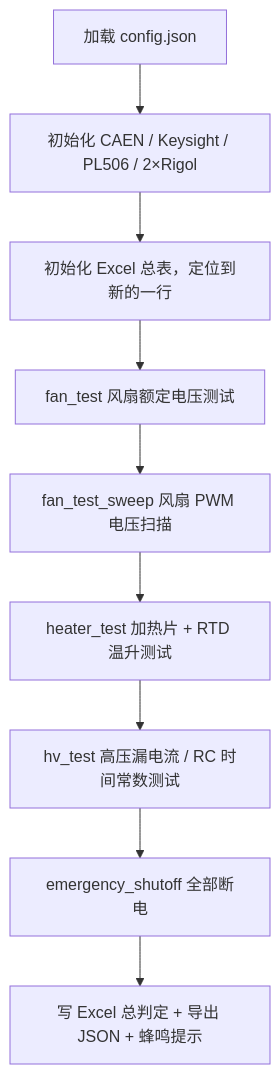
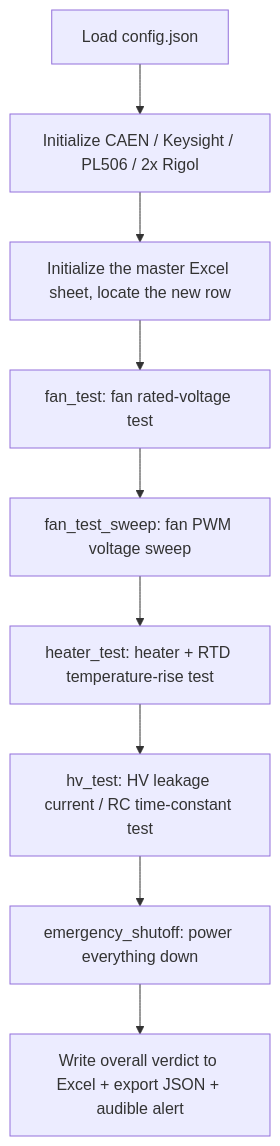
Before and after one commit to KyraDugan/DUNE_HV_Crate_Testing: the first of 2 diagrams in README.md, drawn with Mermaid. The commit also changed other lines of this file and 2 other files, not shown here.

````diff
--- a/README.md
+++ b/README.md
@@ -78,11 +74,11 @@
 ```mermaid
 flowchart TD
-    A[加载 config.json] --> B[初始化 CAEN / Keysight / PL506 / 2×Rigol]
-    B --> C[初始化 Excel 总表，定位到新的一行]
-    C --> D[fan_test 风扇额定电压测试]
-    D --> E[fan_test_sweep 风扇 PWM 电压扫描]
-    E --> F[heater_test 加热片 + RTD 温升测试]
-    F --> G[hv_test 高压漏电流 / RC 时间常数测试]
-    G --> H[emergency_shutoff 全部断电]
-    H --> I[写 Excel 总判定 + 导出 JSON + 蜂鸣提示]
+    A[Load config.json] --> B[Initialize CAEN / Keysight / PL506 / 2x Rigol]
+    B --> C[Initialize the master Excel sheet, locate the new row]
+    C --> D[fan_test: fan rated-voltage test]
+    D --> E[fan_test_sweep: fan PWM voltage sweep]
+    E --> F[heater_test: heater + RTD temperature-rise test]
+    F --> G[hv_test: HV leakage current / RC time-constant test]
+    G --> H[emergency_shutoff: power everything down]
+    H --> I[Write overall verdict to Excel + export JSON + audible alert]
 ```
````
